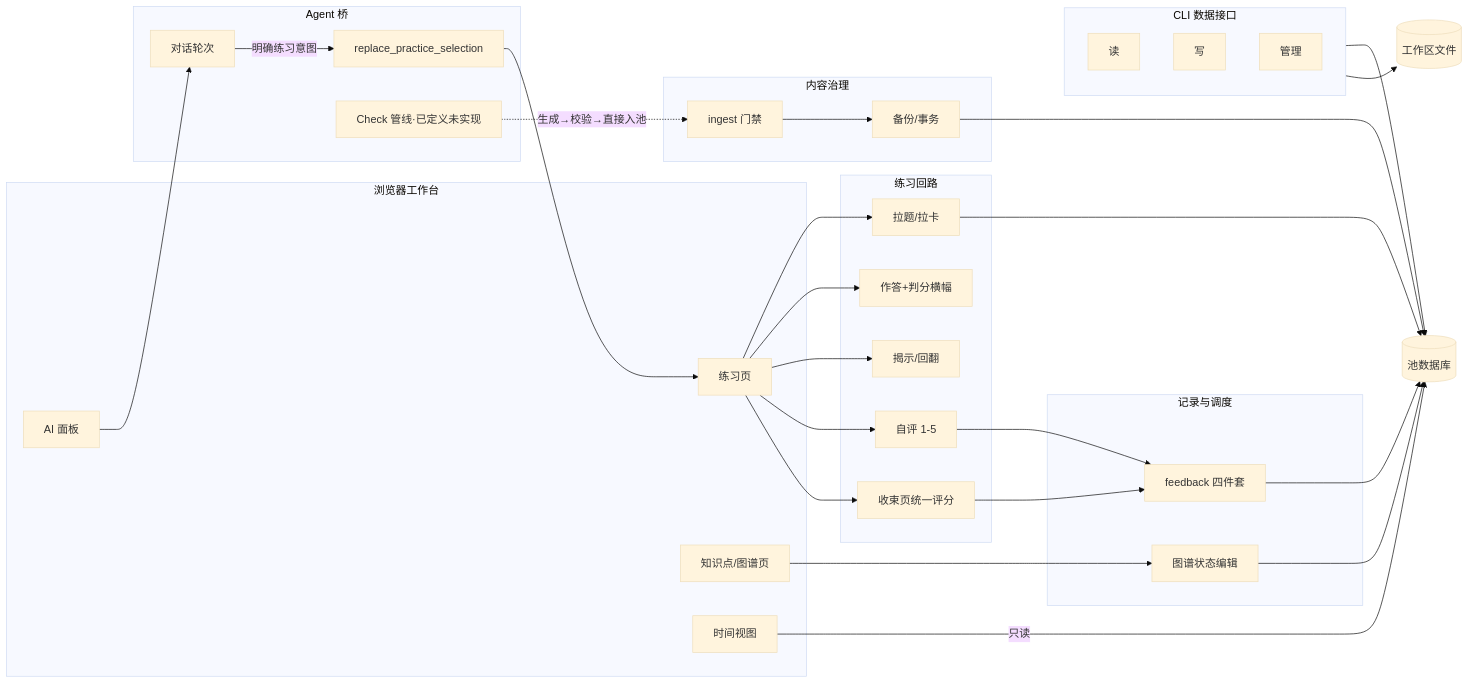
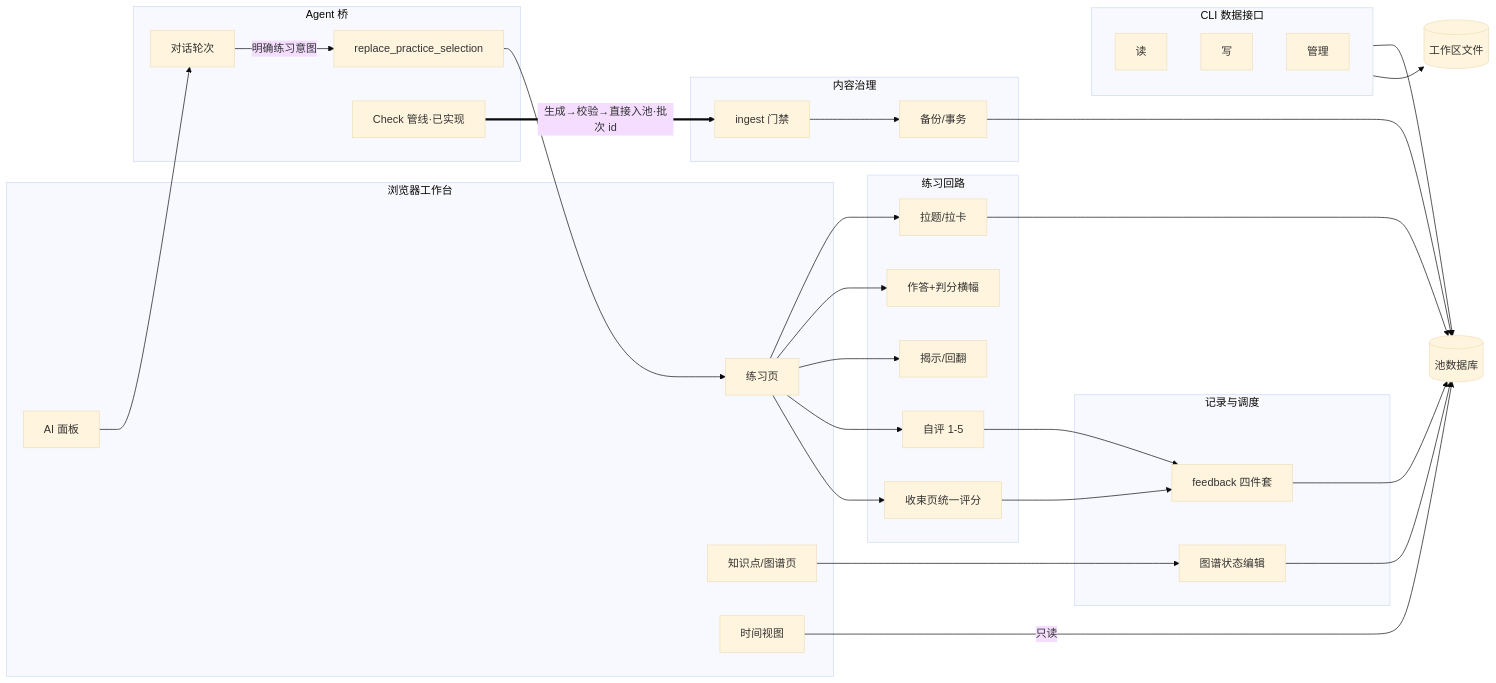
The diagram in docs/ACTION-GRAPH.md (Amazinnn/Lesson-Kit), drawn with Mermaid (base theme) before and after one commit. The commit also changed other lines of this file and 23 other files, not shown here.

First line of the commit message:
docs: introduce-check-pipeline 走查修复+手册+图谱留痕+归档（队列④ PR3）

````diff
--- a/docs/ACTION-GRAPH.md
+++ b/docs/ACTION-GRAPH.md
@@ -33,46 +33,46 @@
 ```mermaid
 flowchart LR
   subgraph UI[浏览器工作台]
     P[练习页]
     K[知识点/图谱页]
     T[时间视图]
     A[AI 面板]
   end
   subgraph LOOP[练习回路]
     PULL[拉题/拉卡]
     ANS[作答+判分横幅]
     REV[揭示/回翻]
     RATE[自评 1-5]
     END[收束页统一评分]
   end
   subgraph REC[记录与调度]
     FB[feedback 四件套]
     GSTATE[图谱状态编辑]
   end
   subgraph GOV[内容治理]
     ING[ingest 门禁]
     BK[备份/事务]
   end
   subgraph BR[Agent 桥]
     CONV[对话轮次]
     SEL[replace_practice_selection]
-    CHK[Check 管线·已定义未实现]
+    CHK[Check 管线·已实现]
   end
   subgraph CLI[CLI 数据接口]
     Q[读]
     W[写]
     ADM[管理]
   end
   DB[(池数据库)]
   FS[(工作区文件)]
 
   P --> PULL & ANS & REV & RATE & END
   PULL --> DB
   RATE & END --> FB --> DB
   K --> GSTATE --> DB
   A --> CONV
   CONV -->|明确练习意图| SEL --> P
-  CHK -.生成→校验→直接入池.-> ING --> BK --> DB
+  CHK ==>|生成→校验→直接入池·批次 id| ING --> BK --> DB
   CLI --> DB & FS
   T -->|只读| DB
 ```
````
